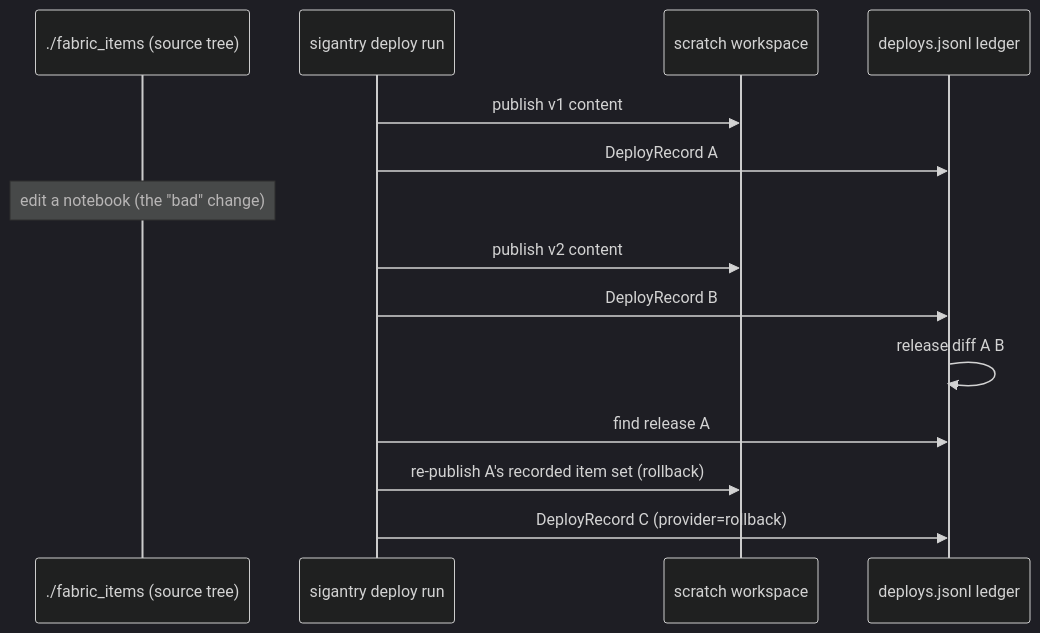
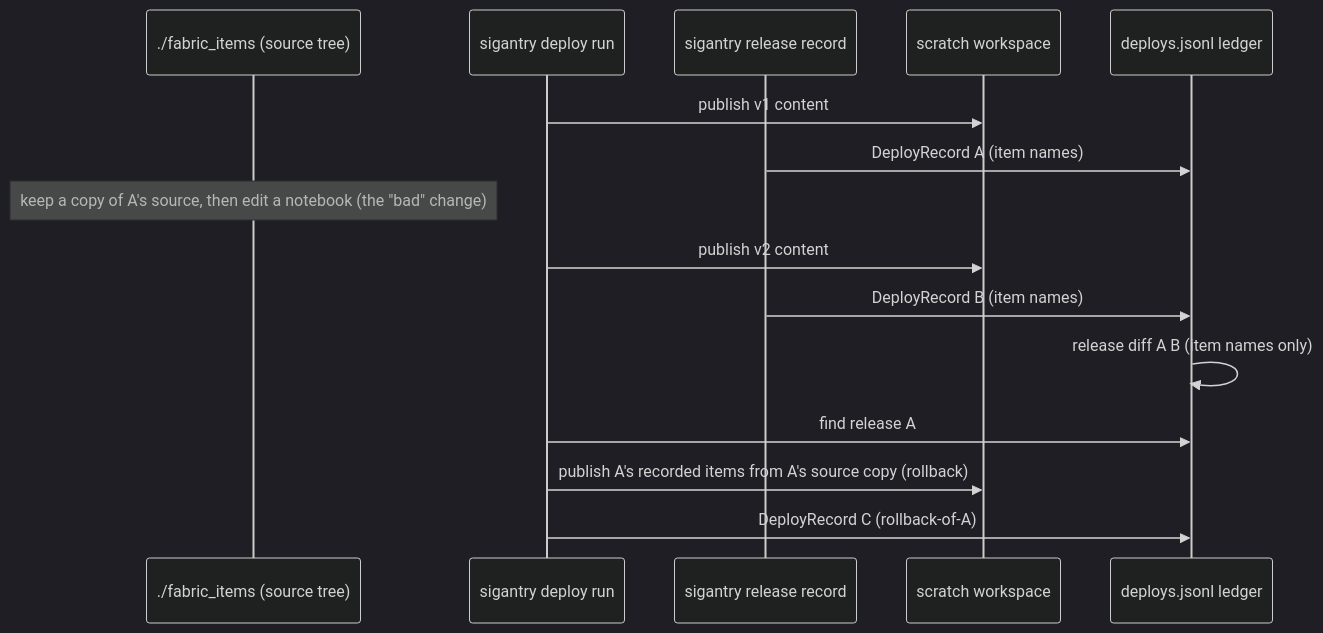
One commit to Bralabee/sigantry changed the diagram in docs/tutorials/07-rollback.md. Above: the diagram before and after it, drawn with Mermaid (dark theme). The commit also changed other lines of this file and 50 other files, not shown here.

````diff
--- a/docs/tutorials/07-rollback.md
+++ b/docs/tutorials/07-rollback.md
@@ -17,17 +26,18 @@
 ```mermaid
 sequenceDiagram
     participant R as ./fabric_items (source tree)
     participant D as sigantry deploy run
+    participant Rec as sigantry release record
     participant W as scratch workspace
     participant L as deploys.jsonl ledger
 
     D->>W: publish v1 content
-    D->>L: DeployRecord A
-    Note over R: edit a notebook (the "bad" change)
+    Rec->>L: DeployRecord A (item names)
+    Note over R: keep a copy of A's source, then edit a notebook (the "bad" change)
     D->>W: publish v2 content
-    D->>L: DeployRecord B
-    L->>L: release diff A B
+    Rec->>L: DeployRecord B (item names)
+    L->>L: release diff A B (item names only)
     D->>L: find release A
-    D->>W: re-publish A's recorded item set (rollback)
-    D->>L: DeployRecord C (provider=rollback)
+    D->>W: publish A's recorded items from A's source copy (rollback)
+    D->>L: DeployRecord C (rollback-of-A)
 ```
````
